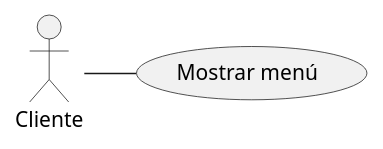
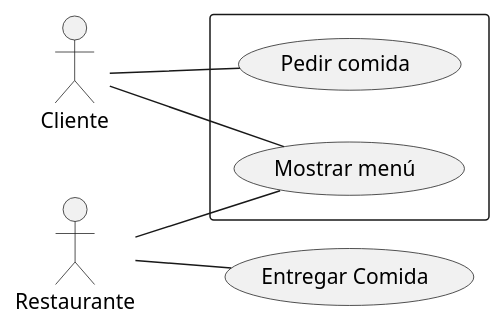
The diagram in casos_de_uso.puml (Nessie04/PlantUML_1), drawn with PlantUML before and after one commit. The commit also changed 1 other file, not shown here.

```diff
--- a/casos_de_uso.puml
+++ b/casos_de_uso.puml
@@ -1,5 +1,15 @@
 @startuml
 
-Cliente - (Mostrar menú)
+
+left to right direction
+rectangle  {
+  usecase "Mostrar menú"
+  usecase "Pedir comida"
+}
+Cliente -- (Mostrar menú)
+Cliente -- (Pedir comida)
+Restaurante -- (Entregar Comida)
+Restaurante -- (Mostrar menú)
+
 
 @enduml
```
